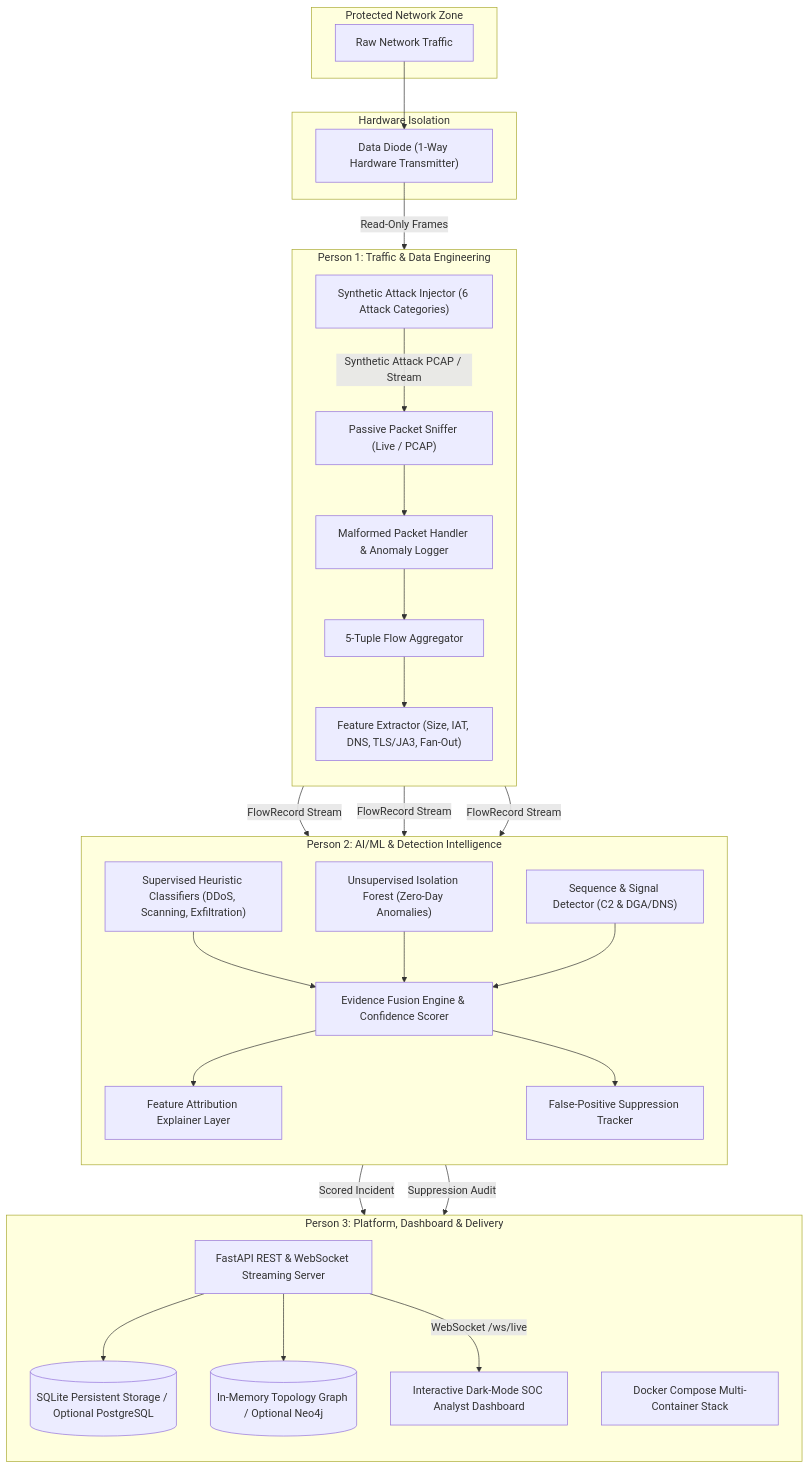
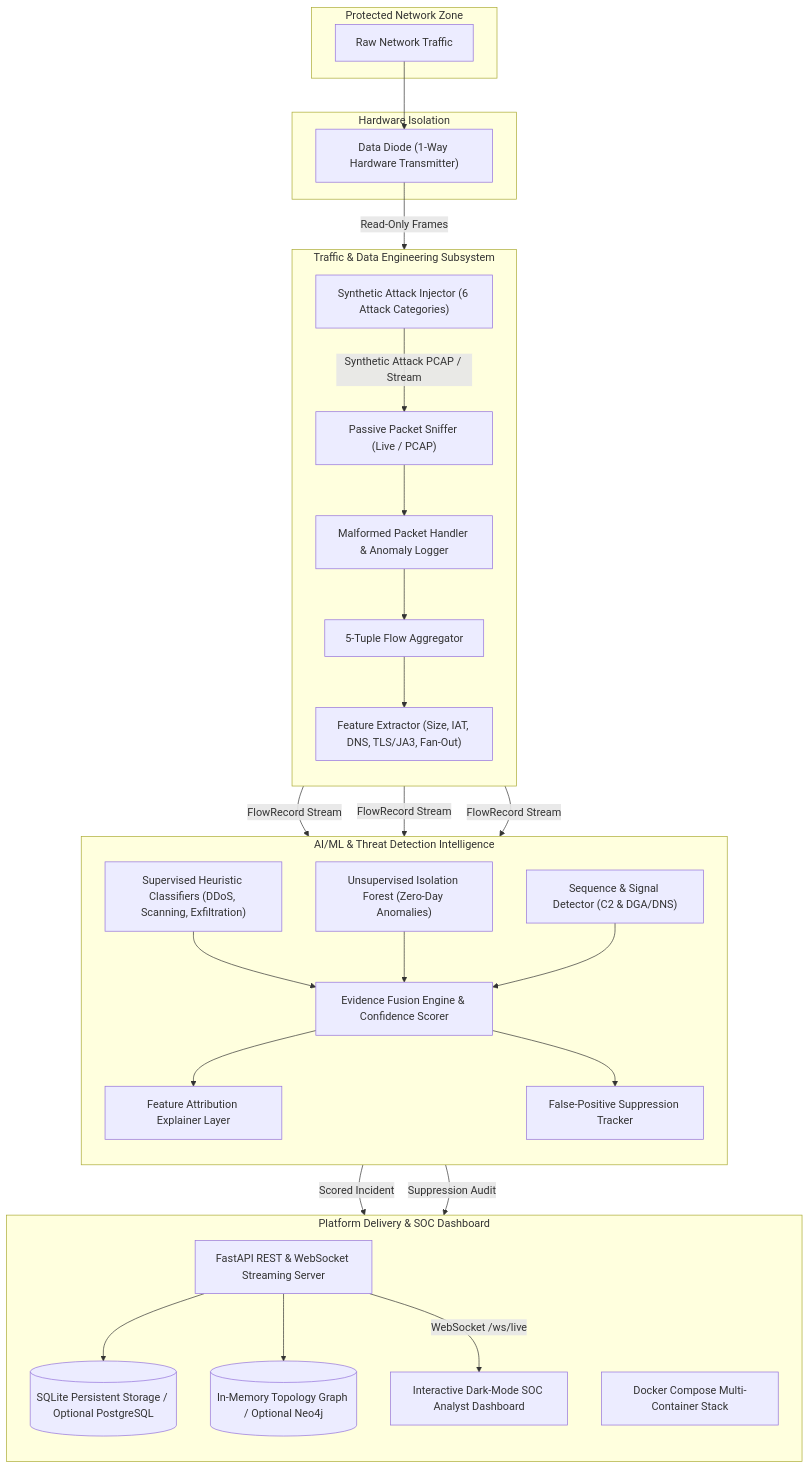
Before and after one commit to nayefsiddique-eng/Uni-Directional-IP: the diagram in README.md, drawn with Mermaid. The commit also changed other lines of this file and 20 other files, not shown here.

Commit message:
feat: complete rebranding to Aegis Platform and rebuild SOC dashboard UI

````diff
--- a/README.md
+++ b/README.md
@@ -21,64 +20,64 @@
 ```mermaid
 flowchart TD
     subgraph ProtectedNetwork["Protected Network Zone"]
         PN[Raw Network Traffic]
     end
 
     subgraph HardwareDiode["Hardware Isolation"]
         DD["Data Diode (1-Way Hardware Transmitter)"]
     end
 
-    subgraph Person1["Person 1: Traffic & Data Engineering"]
+    subgraph IngestionSubsystem["Traffic & Data Engineering Subsystem"]
         direction TB
         PS["Passive Packet Sniffer (Live / PCAP)"]
         MH["Malformed Packet Handler & Anomaly Logger"]
         FA["5-Tuple Flow Aggregator"]
         FE["Feature Extractor (Size, IAT, DNS, TLS/JA3, Fan-Out)"]
         SAI["Synthetic Attack Injector (6 Attack Categories)"]
     end
 
-    subgraph Person2["Person 2: AI/ML & Detection Intelligence"]
+    subgraph IntelligenceSubsystem["AI/ML & Threat Detection Intelligence"]
         direction TB
         SD["Supervised Heuristic Classifiers (DDoS, Scanning, Exfiltration)"]
         UD["Unsupervised Isolation Forest (Zero-Day Anomalies)"]
         SEQ["Sequence & Signal Detector (C2 & DGA/DNS)"]
         EFE["Evidence Fusion Engine & Confidence Scorer"]
         FAE["Feature Attribution Explainer Layer"]
         FPS["False-Positive Suppression Tracker"]
     end
 
-    subgraph Person3["Person 3: Platform, Dashboard & Delivery"]
+    subgraph PlatformSubsystem["Platform Delivery & SOC Dashboard"]
         direction TB
         API["FastAPI REST & WebSocket Streaming Server"]
         DB[("SQLite Persistent Storage / Optional PostgreSQL")]
         NEO[("In-Memory Topology Graph / Optional Neo4j")]
         DASH["Interactive Dark-Mode SOC Analyst Dashboard"]
         DC["Docker Compose Multi-Container Stack"]
     end
 
     PN --> DD
     DD -->|Read-Only Frames| PS
     SAI -->|Synthetic Attack PCAP / Stream| PS
     
     PS --> MH
     MH --> FA
     FA --> FE
     
     FE -->|FlowRecord Stream| SD
     FE -->|FlowRecord Stream| UD
     FE -->|FlowRecord Stream| SEQ
     
     SD --> EFE
     UD --> EFE
     SEQ --> EFE
     
     EFE --> FAE
     EFE --> FPS
     
     FAE -->|Scored Incident| API
     FPS -->|Suppression Audit| API
     
     API --> DB
     API --> NEO
     API -->|WebSocket /ws/live| DASH
 ```
````
